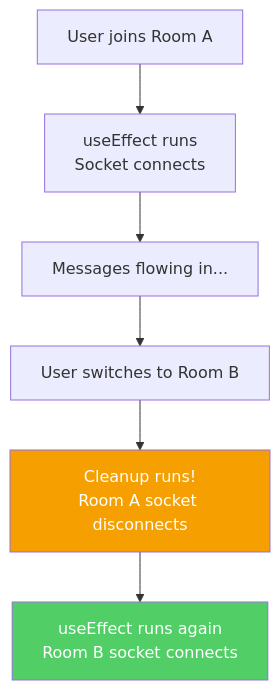
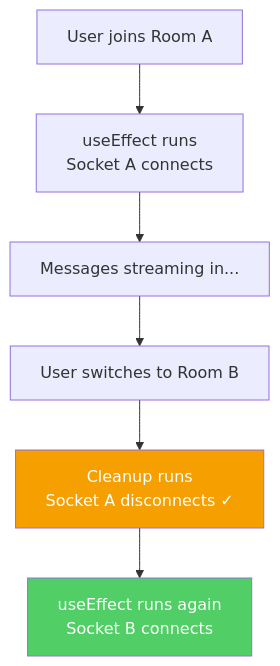
The ninth of 21 diagrams in REACT-HOOKS-DEEP-DIVE.md (vaishali86c/React-revision-book), drawn with Mermaid before and after one commit. The commit also changed other lines of this file, not shown here.

````diff
--- a/REACT-HOOKS-DEEP-DIVE.md
+++ b/REACT-HOOKS-DEEP-DIVE.md
@@ -337,11 +338,11 @@
 ```mermaid
 graph TD
-    A["User joins Room A"] --> B["useEffect runs\nSocket connects"]
-    B --> C["Messages flowing in..."]
+    A["User joins Room A"] --> B["useEffect runs\nSocket A connects"]
+    B --> C["Messages streaming in..."]
     C --> D["User switches to Room B"]
-    D --> E["Cleanup runs!\nRoom A socket disconnects"]
-    E --> F["useEffect runs again\nRoom B socket connects"]
+    D --> E["Cleanup runs\nSocket A disconnects ✓"]
+    E --> F["useEffect runs again\nSocket B connects"]
 
     style E fill:#f59f00,color:#fff
     style F fill:#51cf66,color:#fff
 ```
````
